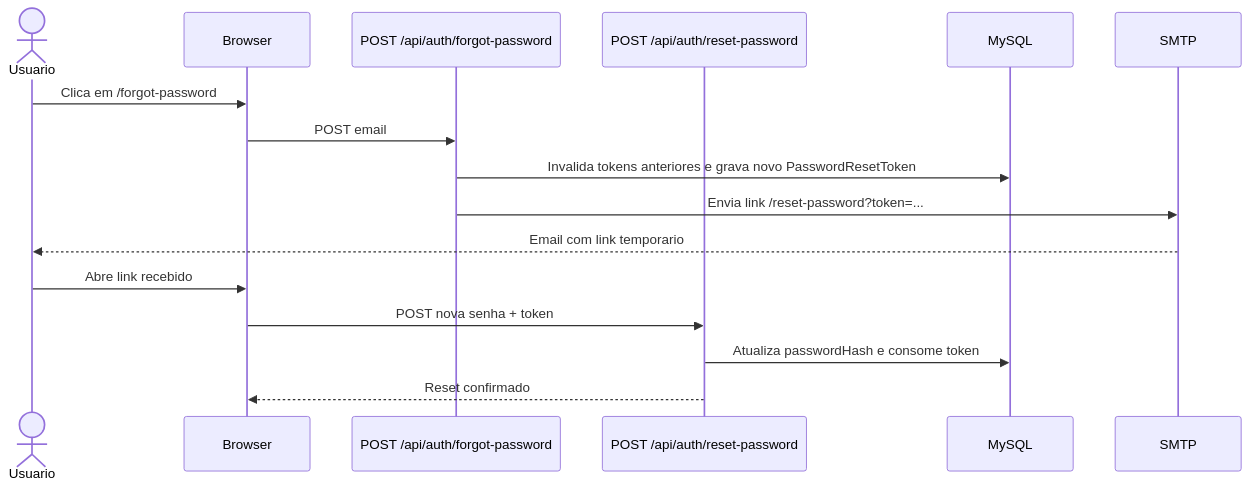
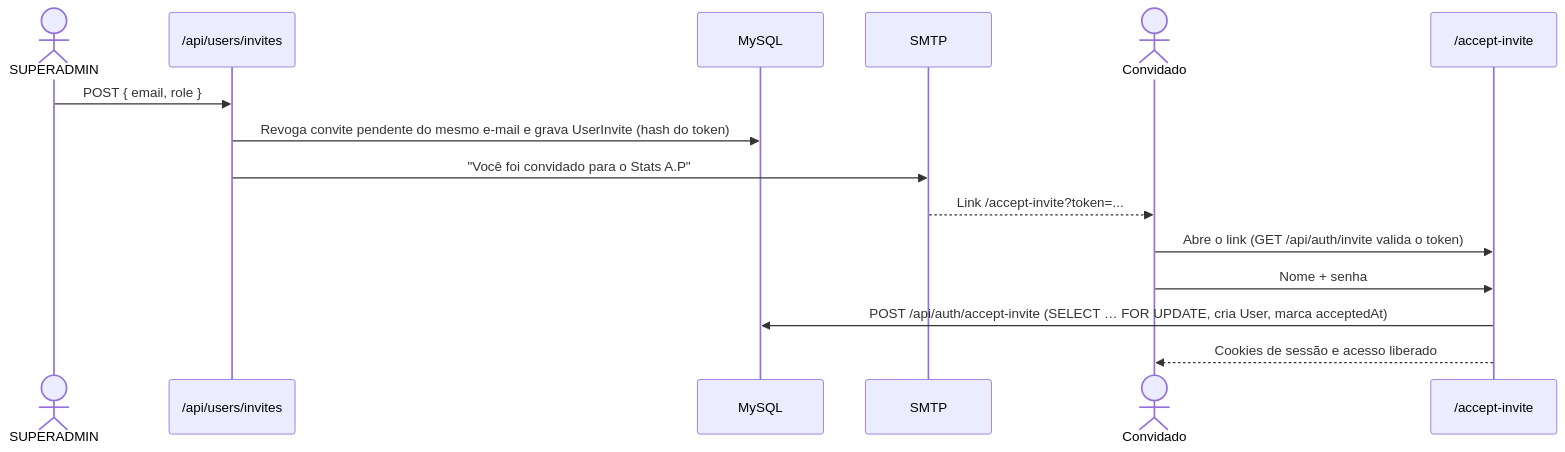
One commit to jefersonrocha-py/statsAP changed the fourth of 5 diagrams in README.md. Above: the diagram before and after it, drawn with Mermaid. The commit also changed other lines of this file and 1 other file, not shown here.

First line of the commit message:
docs: README reescrito para a v1.2 e CHANGELOG

````diff
--- a/README.md
+++ b/README.md
@@ -234,19 +273,18 @@
 ```mermaid
 sequenceDiagram
-  actor U as Usuario
-  participant B as Browser
-  participant F as POST /api/auth/forgot-password
-  participant R as POST /api/auth/reset-password
+  actor A as SUPERADMIN
+  participant API as /api/users/invites
   participant DB as MySQL
   participant SMTP as SMTP
+  actor C as Convidado
+  participant P as /accept-invite
 
-  U->>B: Clica em /forgot-password
-  B->>F: POST email
-  F->>DB: Invalida tokens anteriores e grava novo PasswordResetToken
-  F->>SMTP: Envia link /reset-password?token=...
-  SMTP-->>U: Email com link temporario
-  U->>B: Abre link recebido
-  B->>R: POST nova senha + token
-  R->>DB: Atualiza passwordHash e consome token
-  R-->>B: Reset confirmado
+  A->>API: POST { email, role }
+  API->>DB: Revoga convite pendente do mesmo e-mail e grava UserInvite (hash do token)
+  API->>SMTP: "Você foi convidado para o Stats A.P"
+  SMTP-->>C: Link /accept-invite?token=...
+  C->>P: Abre o link (GET /api/auth/invite valida o token)
+  C->>P: Nome + senha
+  P->>DB: POST /api/auth/accept-invite (SELECT … FOR UPDATE, cria User, marca acceptedAt)
+  P-->>C: Cookies de sessão e acesso liberado
 ```
````
